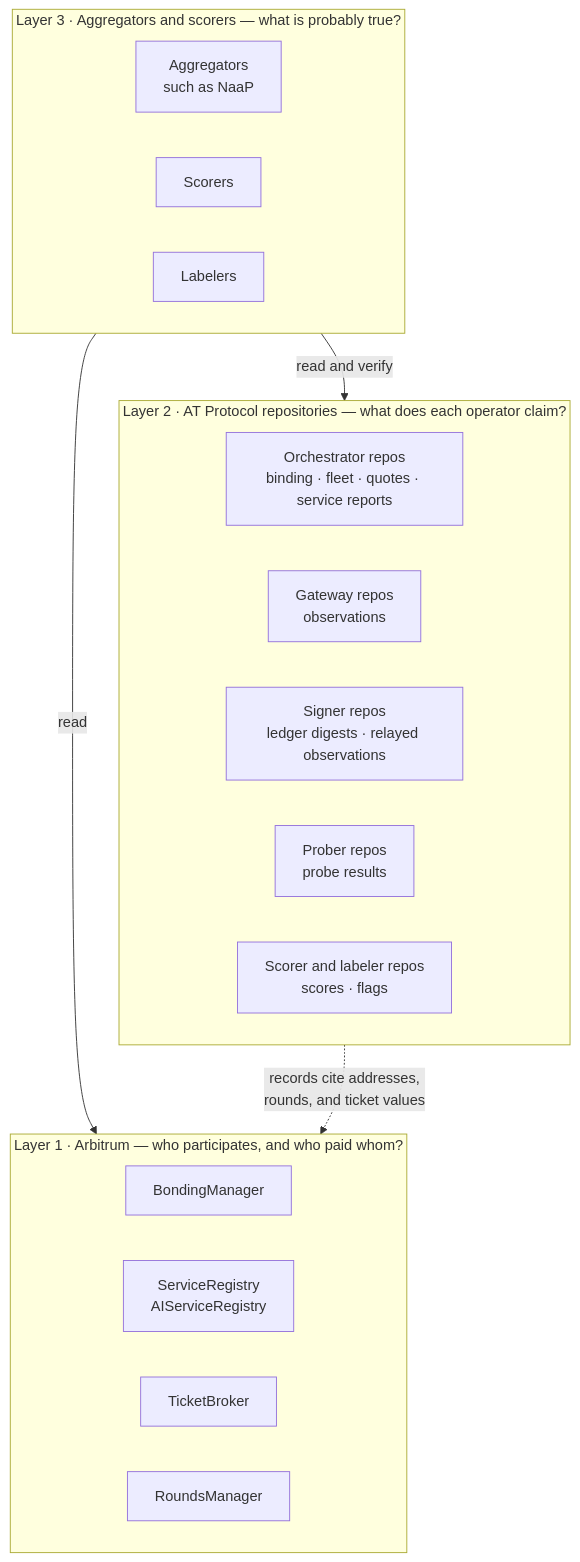
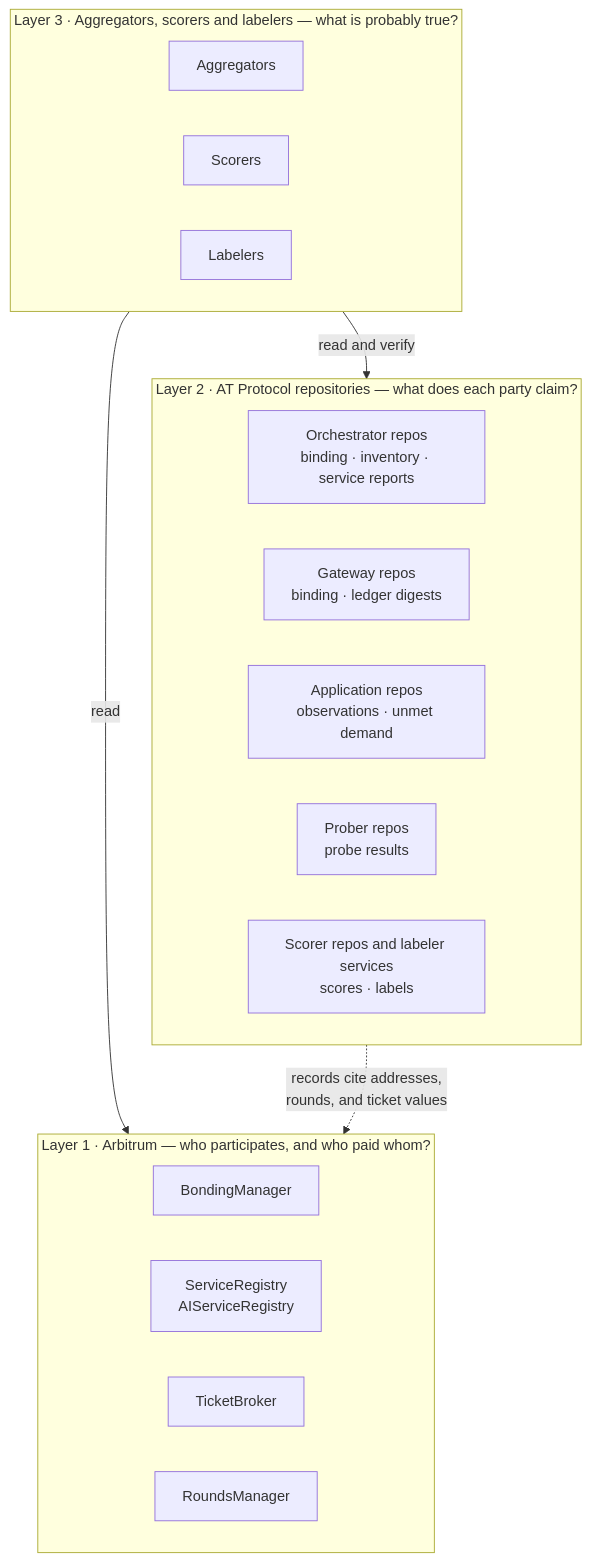
Before and after one commit to Cloud-SPE/Livepeer-AT-Protocol: the first of 3 diagrams in README.md, drawn with Mermaid. The commit also changed other lines of this file and 6 other files, not shown here.

````diff
--- a/README.md
+++ b/README.md
@@ -73,27 +126,27 @@
 ```mermaid
 flowchart TB
-  subgraph L3["Layer 3 · Aggregators and scorers — what is probably true?"]
+  subgraph L3["Layer 3 · Aggregators, scorers and labelers — what is probably true?"]
     direction LR
-    AGG["Aggregators<br/>such as NaaP"]
+    AGG["Aggregators"]
     SCO["Scorers"]
     LAB["Labelers"]
   end
-  subgraph L2["Layer 2 · AT Protocol repositories — what does each operator claim?"]
+  subgraph L2["Layer 2 · AT Protocol repositories — what does each party claim?"]
     direction LR
-    RO["Orchestrator repos<br/>binding · fleet · quotes · service reports"]
-    RG["Gateway repos<br/>observations"]
-    RS["Signer repos<br/>ledger digests · relayed observations"]
+    RO["Orchestrator repos<br/>binding · inventory · service reports"]
+    RG["Gateway repos<br/>binding · ledger digests"]
+    RA["Application repos<br/>observations · unmet demand"]
     RP["Prober repos<br/>probe results"]
-    RX["Scorer and labeler repos<br/>scores · flags"]
+    RX["Scorer repos and labeler services<br/>scores · labels"]
   end
   subgraph L1["Layer 1 · Arbitrum — who participates, and who paid whom?"]
     direction LR
     BM["BondingManager"]
     SR["ServiceRegistry<br/>AIServiceRegistry"]
     TB["TicketBroker"]
     RM["RoundsManager"]
   end
   L3 -->|"read and verify"| L2
   L3 -->|"read"| L1
   L2 -.->|"records cite addresses,<br/>rounds, and ticket values"| L1
 ```
````
